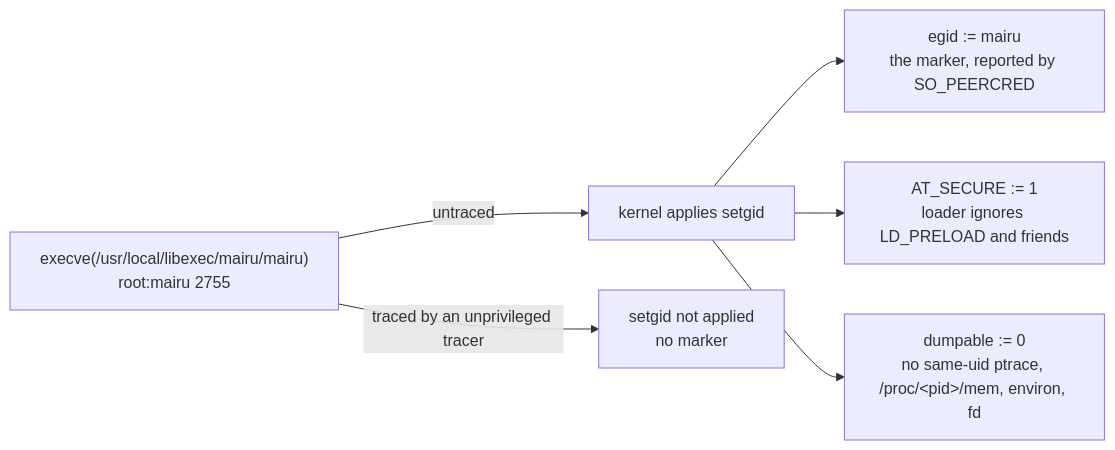
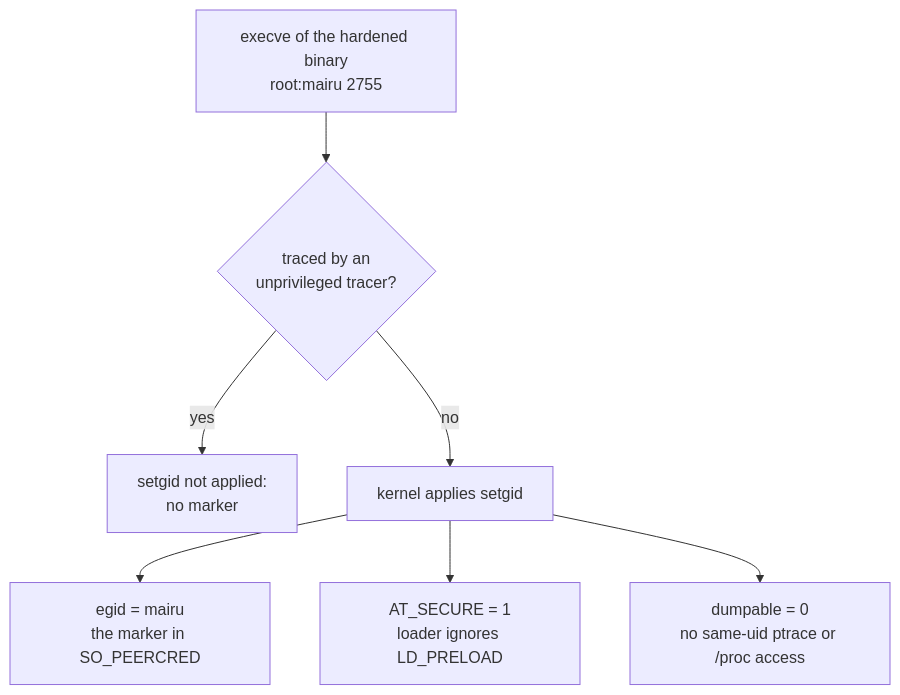
One commit to sorah/mairu changed the diagram in docs/specs/003-marker-gid.md. Above: the diagram before and after it, drawn with Mermaid. The commit also changed other lines of this file and 17 other files, not shown here.

First line of the commit message:
docs/specs: rework diagrams and helper locations

````diff
--- a/docs/specs/003-marker-gid.md
+++ b/docs/specs/003-marker-gid.md
@@ -34,8 +34,9 @@
 ```mermaid
-flowchart LR
-  X["execve(/usr/local/libexec/mairu/mairu)<br/>root:mairu 2755"] -- "untraced" --> K["kernel applies setgid"]
-  K --> E["egid := mairu<br/>the marker, reported by SO_PEERCRED"]
-  K --> S["AT_SECURE := 1<br/>loader ignores LD_PRELOAD and friends"]
-  K --> D["dumpable := 0<br/>no same-uid ptrace, /proc/#lt;pid#gt;/mem, environ, fd"]
-  X -- "traced by an unprivileged tracer" --> N["setgid not applied<br/>no marker"]
+flowchart TB
+  X["execve of the hardened binary<br/>root:mairu 2755"] --> T{"traced by an<br/>unprivileged tracer?"}
+  T -- "yes" --> N["setgid not applied:<br/>no marker"]
+  T -- "no" --> K["kernel applies setgid"]
+  K --> E["egid = mairu<br/>the marker in SO_PEERCRED"]
+  K --> S["AT_SECURE = 1<br/>loader ignores LD_PRELOAD"]
+  K --> D["dumpable = 0<br/>no same-uid ptrace or /proc access"]
 ```
````
